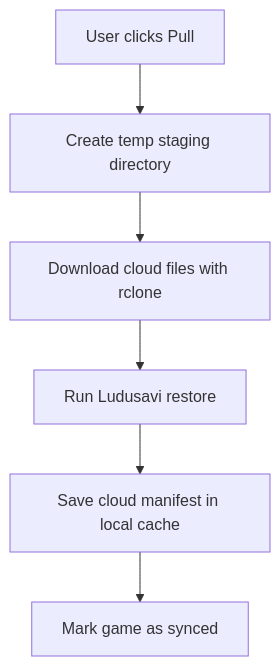
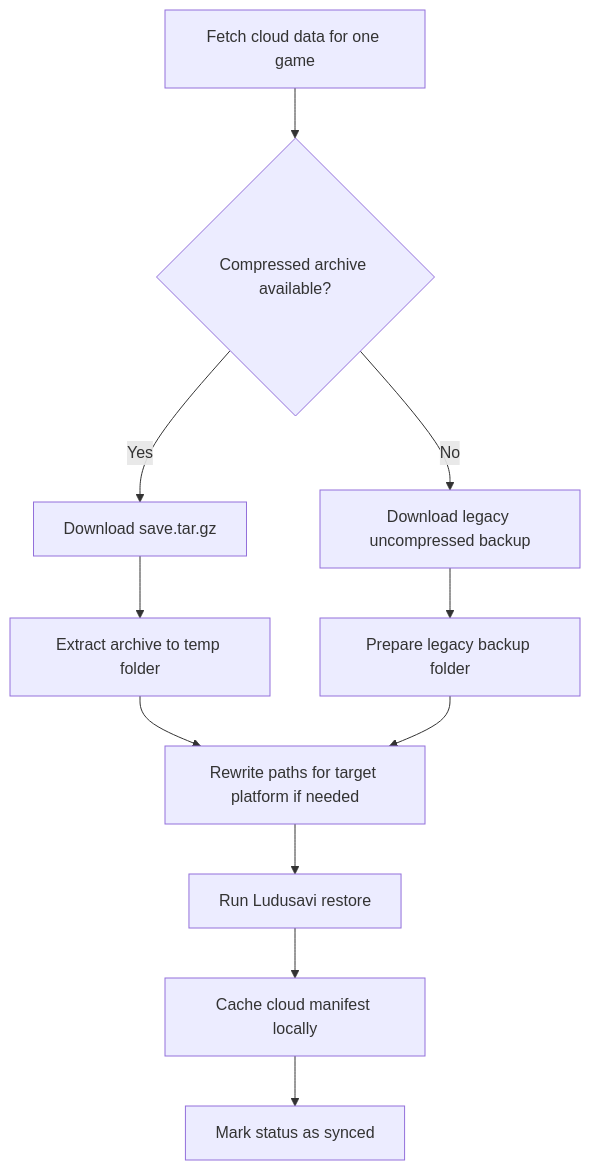
Before and after one commit to d1p/savesync: the fourth of 5 diagrams in docs/USER_GUIDE.md, drawn with Mermaid. The commit also changed other lines of this file and 9 other files, not shown here.

````diff
--- a/docs/USER_GUIDE.md
+++ b/docs/USER_GUIDE.md
@@ -113,8 +147,13 @@
 ```mermaid
 flowchart TD
-    A[User clicks Pull] --> B[Create temp staging directory]
-    B --> C[Download cloud files with rclone]
-    C --> D[Run Ludusavi restore]
-    D --> E[Save cloud manifest in local cache]
-    E --> F[Mark game as synced]
+    A[Fetch cloud data for one game] --> B{Compressed archive available?}
+    B -->|Yes| C[Download save.tar.gz]
+    B -->|No| D[Download legacy uncompressed backup]
+    C --> E[Extract archive to temp folder]
+    D --> F[Prepare legacy backup folder]
+    E --> G[Rewrite paths for target platform if needed]
+    F --> G
+    G --> H[Run Ludusavi restore]
+    H --> I[Cache cloud manifest locally]
+    I --> J[Mark status as synced]
 ```
````
